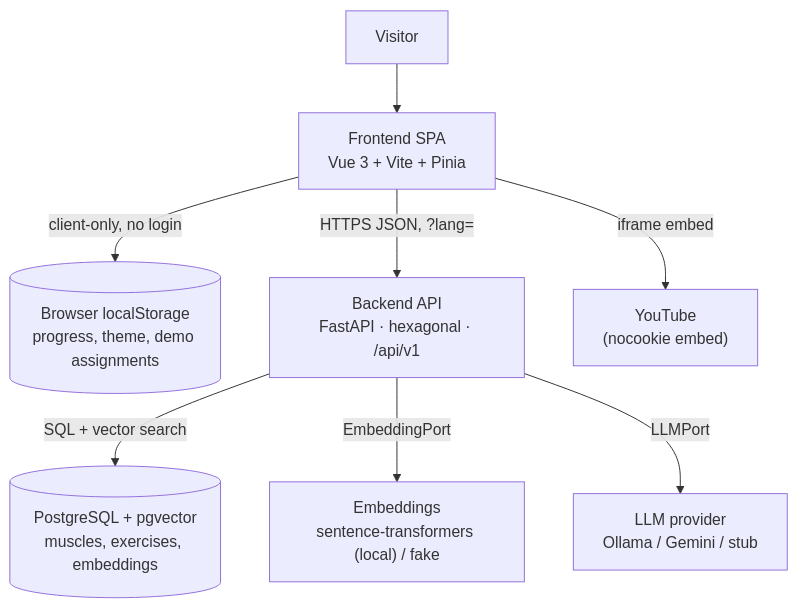
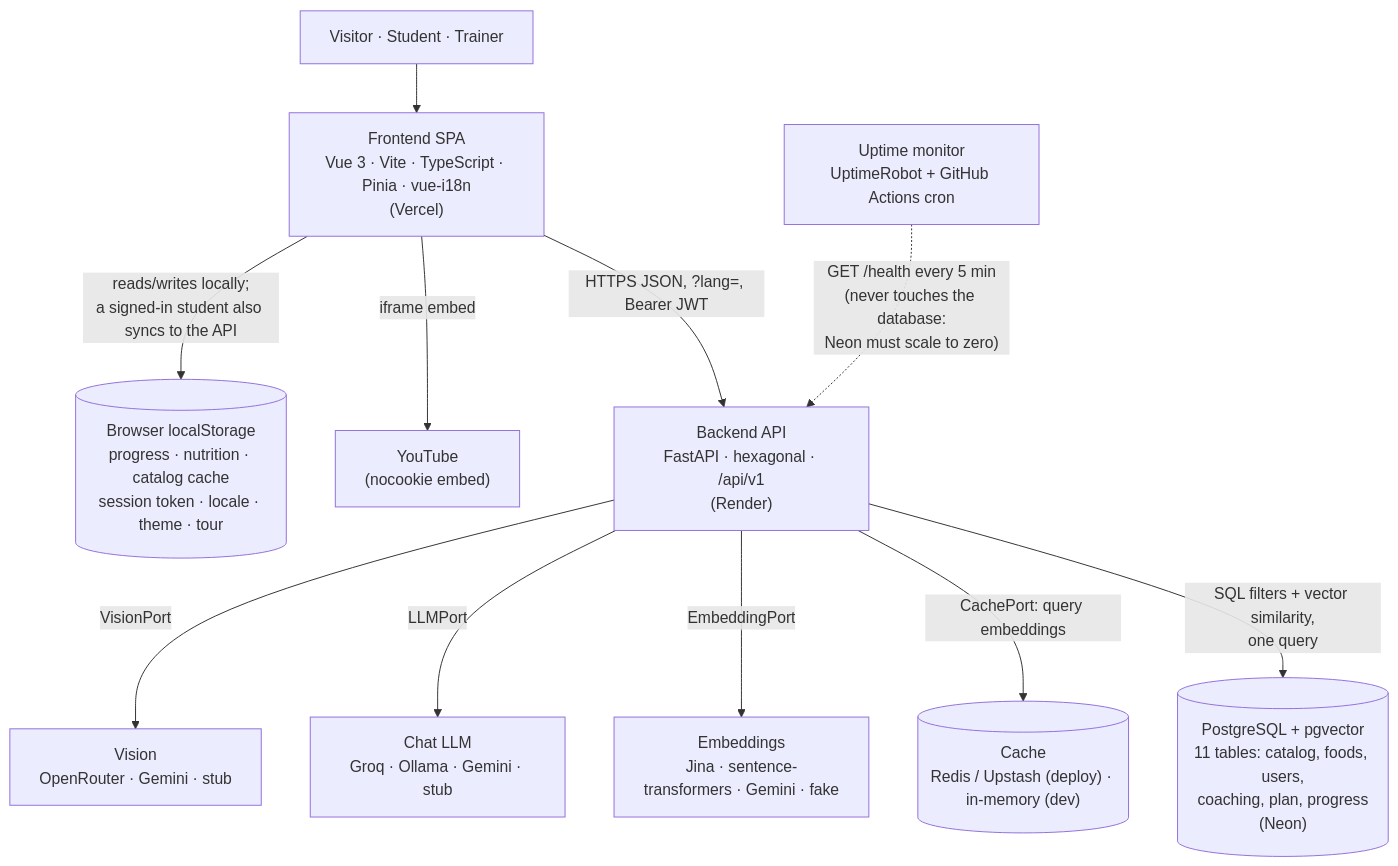
Before and after one commit to drodriguezventosa/muscle_app: the second of 3 diagrams in docs/diagrams/README.md, drawn with Mermaid. The commit also changed other lines of this file and 7 other files, not shown here.

````diff
--- a/docs/diagrams/README.md
+++ b/docs/diagrams/README.md
@@ -27,19 +42,25 @@
 ```mermaid
 graph TB
-    user["Visitor"]
-    spa["Frontend SPA<br/>Vue 3 + Vite + Pinia"]
-    ls[("Browser localStorage<br/>progress, theme, demo assignments")]
-    api["Backend API<br/>FastAPI · hexagonal · /api/v1"]
-    db[("PostgreSQL + pgvector<br/>muscles, exercises, embeddings")]
-    emb["Embeddings<br/>sentence-transformers (local) / fake"]
-    llm["LLM provider<br/>Ollama / Gemini / stub"]
+    user["Visitor · Student · Trainer"]
+    spa["Frontend SPA<br/>Vue 3 · Vite · TypeScript · Pinia · vue-i18n<br/>(Vercel)"]
+    ls[("Browser localStorage<br/>progress · nutrition · catalog cache<br/>session token · locale · theme · tour")]
+    api["Backend API<br/>FastAPI · hexagonal · /api/v1<br/>(Render)"]
+    db[("PostgreSQL + pgvector<br/>11 tables: catalog, foods, users,<br/>coaching, plan, progress<br/>(Neon)")]
+    cache[("Cache<br/>Redis / Upstash (deploy) · in-memory (dev)")]
+    emb["Embeddings<br/>Jina · sentence-transformers · Gemini · fake"]
+    llm["Chat LLM<br/>Groq · Ollama · Gemini · stub"]
+    vis["Vision<br/>OpenRouter · Gemini · stub"]
     yt["YouTube<br/>(nocookie embed)"]
+    mon["Uptime monitor<br/>UptimeRobot + GitHub Actions cron"]
 
     user --> spa
-    spa -->|"HTTPS JSON, ?lang="| api
+    spa -->|"HTTPS JSON, ?lang=, Bearer JWT"| api
     spa -->|"iframe embed"| yt
-    spa -->|"client-only, no login"| ls
-    api -->|"SQL + vector search"| db
+    spa -->|"reads/writes locally;<br/>a signed-in student also syncs to the API"| ls
+    api -->|"SQL filters + vector similarity,<br/>one query"| db
+    api -->|"CachePort: query embeddings"| cache
     api -->|"EmbeddingPort"| emb
     api -->|"LLMPort"| llm
+    api -->|"VisionPort"| vis
+    mon -.->|"GET /health every 5 min<br/>(never touches the database:<br/>Neon must scale to zero)"| api
 ```
````
